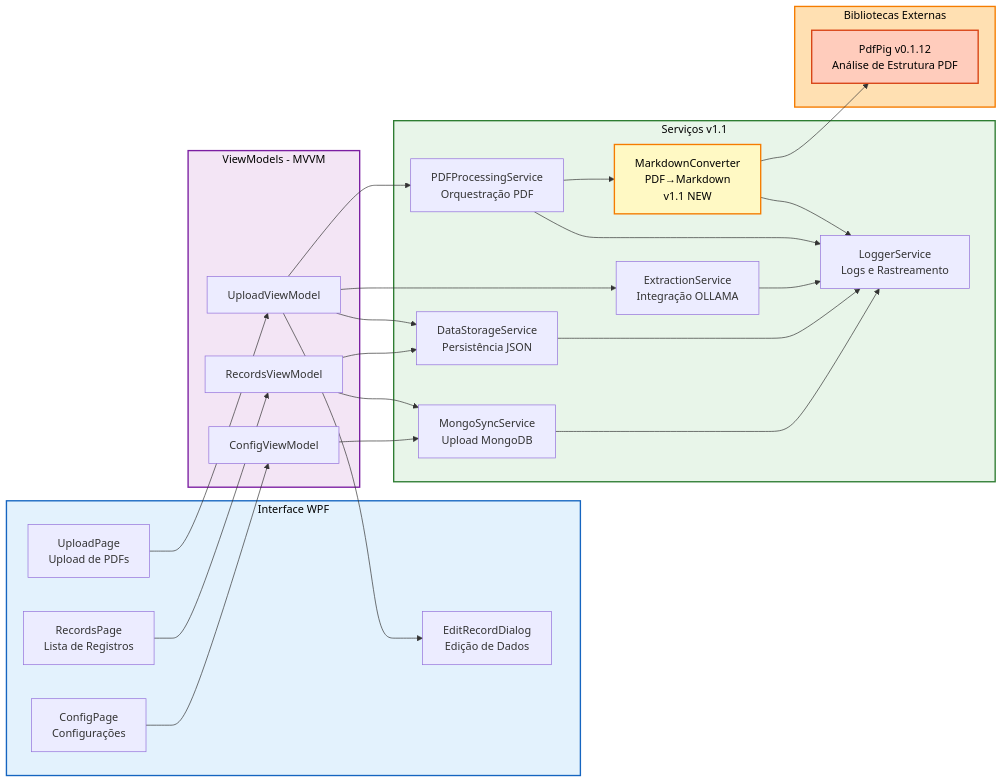
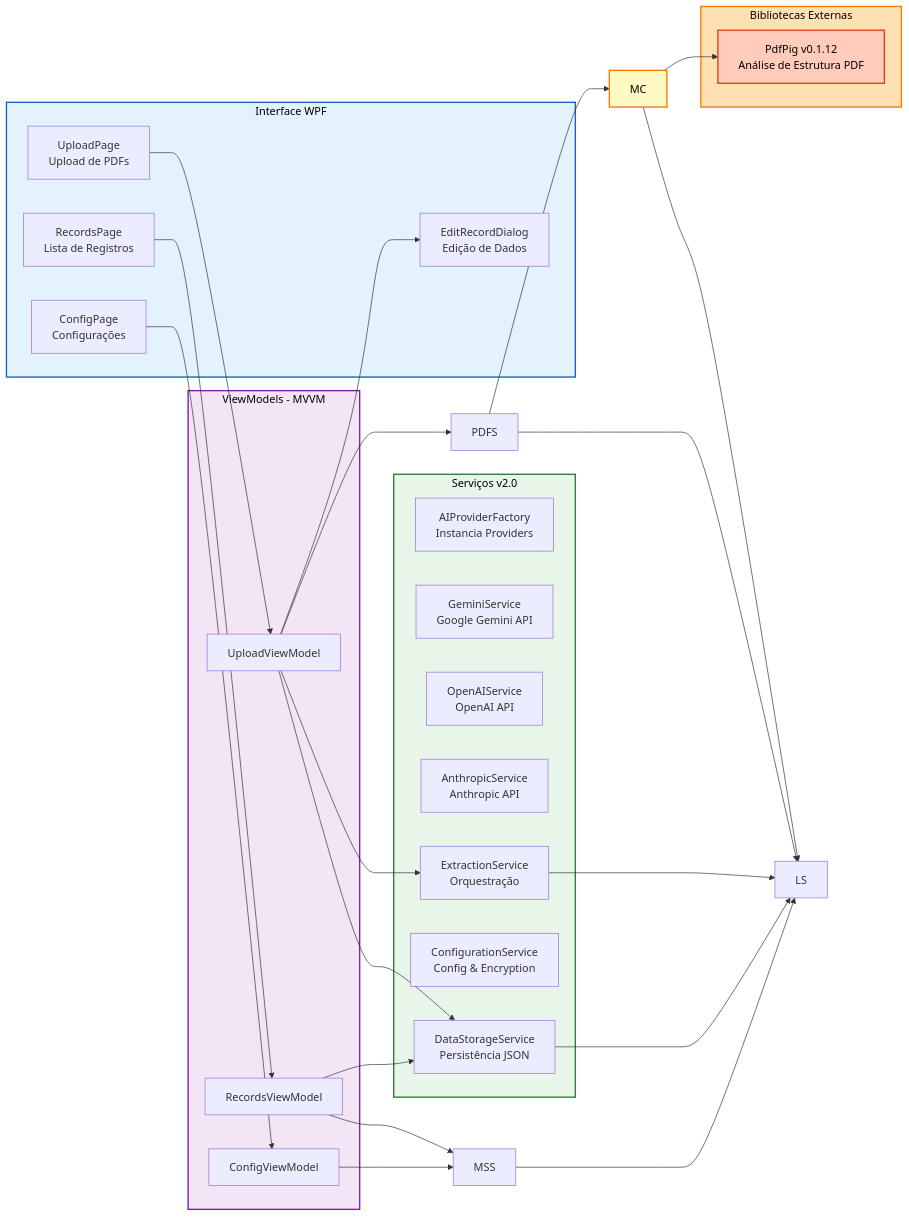
Before and after one commit to edalcin/etnopapers: the third of 4 diagrams in Arquitetrura.md, drawn with Mermaid. The commit also changed other lines of this file and 1 other file, not shown here.

````diff
--- a/Arquitetrura.md
+++ b/Arquitetrura.md
@@ -70,55 +70,56 @@
 ```mermaid
 graph LR
     subgraph UI["Interface WPF"]
         UploadPage[UploadPage<br/>Upload de PDFs]
         RecordsPage[RecordsPage<br/>Lista de Registros]
         ConfigPage[ConfigPage<br/>Configurações]
         EditDialog[EditRecordDialog<br/>Edição de Dados]
     end
 
     subgraph ViewModels["ViewModels - MVVM"]
         UVM[UploadViewModel]
         RVM[RecordsViewModel]
         CVM[ConfigViewModel]
     end
 
-    subgraph Services["Serviços v1.1"]
-        MC[MarkdownConverter<br/>PDF→Markdown<br/>v1.1 NEW]
-        PDFS[PDFProcessingService<br/>Orquestração PDF]
-        ES[ExtractionService<br/>Integração OLLAMA]
+    subgraph Services["Serviços v2.0"]
+        APF[AIProviderFactory<br/>Instancia Providers]
+        GEM[GeminiService<br/>Google Gemini API]
+        OAI[OpenAIService<br/>OpenAI API]
+        ANT[AnthropicService<br/>Anthropic API]
+        ES[ExtractionService<br/>Orquestração]
+        CS[ConfigurationService<br/>Config & Encryption]
         DSS[DataStorageService<br/>Persistência JSON]
-        MSS[MongoSyncService<br/>Upload MongoDB]
-        LS[LoggerService<br/>Logs e Rastreamento]
     end
 
     subgraph Libraries["Bibliotecas Externas"]
         PdfPig[PdfPig v0.1.12<br/>Análise de Estrutura PDF]
     end
 
     UploadPage --> UVM
     RecordsPage --> RVM
     ConfigPage --> CVM
     UVM --> EditDialog
 
     UVM --> PDFS
     PDFS --> MC
     MC --> PdfPig
     UVM --> ES
     UVM --> DSS
     RVM --> DSS
     RVM --> MSS
     CVM --> MSS
 
     MC --> LS
     PDFS --> LS
     ES --> LS
     DSS --> LS
     MSS --> LS
 
     style UI fill:#e3f2fd,stroke:#1565c0,stroke-width:2px,color:black
     style ViewModels fill:#f3e5f5,stroke:#7b1fa2,stroke-width:2px,color:black
     style Services fill:#e8f5e9,stroke:#2e7d32,stroke-width:2px,color:black
     style Libraries fill:#ffe0b2,stroke:#f57c00,stroke-width:2px,color:black
     style MC fill:#fff9c4,stroke:#f57c00,stroke-width:2px,color:black
     style PdfPig fill:#ffccbc,stroke:#d84315,stroke-width:2px,color:black
 ```
````
